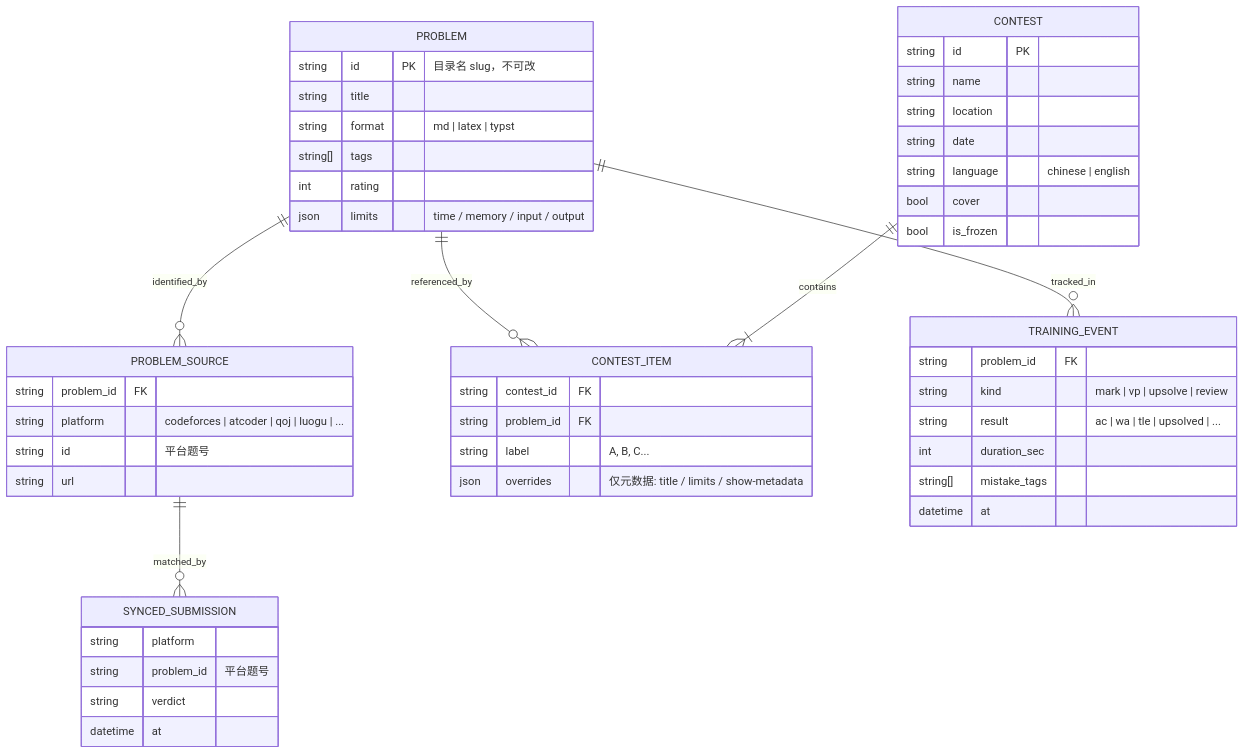
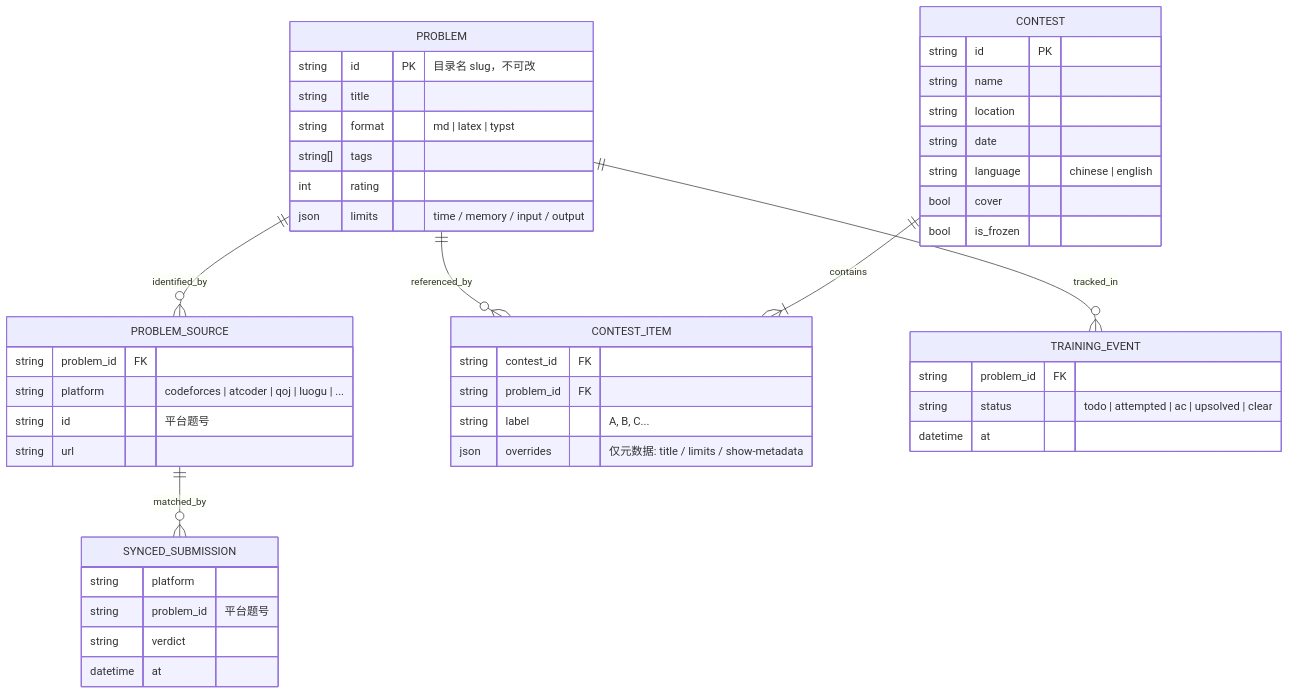
The second of 3 diagrams in docs/architecture.md (lihaoze123/xcpc-workstation), drawn with Mermaid before and after one commit. The commit also changed other lines of this file and 4 other files, not shown here.

````diff
--- a/docs/architecture.md
+++ b/docs/architecture.md
@@ -94,57 +95,54 @@
 ```mermaid
 erDiagram
     PROBLEM ||--o{ PROBLEM_SOURCE : "identified_by"
     PROBLEM ||--o{ CONTEST_ITEM : "referenced_by"
     CONTEST ||--|{ CONTEST_ITEM : "contains"
     PROBLEM ||--o{ TRAINING_EVENT : "tracked_in"
     PROBLEM_SOURCE ||--o{ SYNCED_SUBMISSION : "matched_by"
 
     PROBLEM {
         string id PK "目录名 slug，不可改"
         string title
         string format "md | latex | typst"
         string[] tags
         int rating
         json limits "time / memory / input / output"
     }
 
     PROBLEM_SOURCE {
         string problem_id FK
         string platform "codeforces | atcoder | qoj | luogu | ..."
         string id "平台题号"
         string url
     }
 
     CONTEST {
         string id PK
         string name
         string location
         string date
         string language "chinese | english"
         bool cover
         bool is_frozen
     }
 
     CONTEST_ITEM {
         string contest_id FK
         string problem_id FK
         string label "A, B, C..."
         json overrides "仅元数据: title / limits / show-metadata"
     }
 
     TRAINING_EVENT {
         string problem_id FK
-        string kind "mark | vp | upsolve | review"
-        string result "ac | wa | tle | upsolved | ..."
-        int duration_sec
-        string[] mistake_tags
+        string status "todo | attempted | ac | upsolved | clear"
         datetime at
     }
 
     SYNCED_SUBMISSION {
         string platform
         string problem_id "平台题号"
         string verdict
         datetime at
     }
 ```
````
